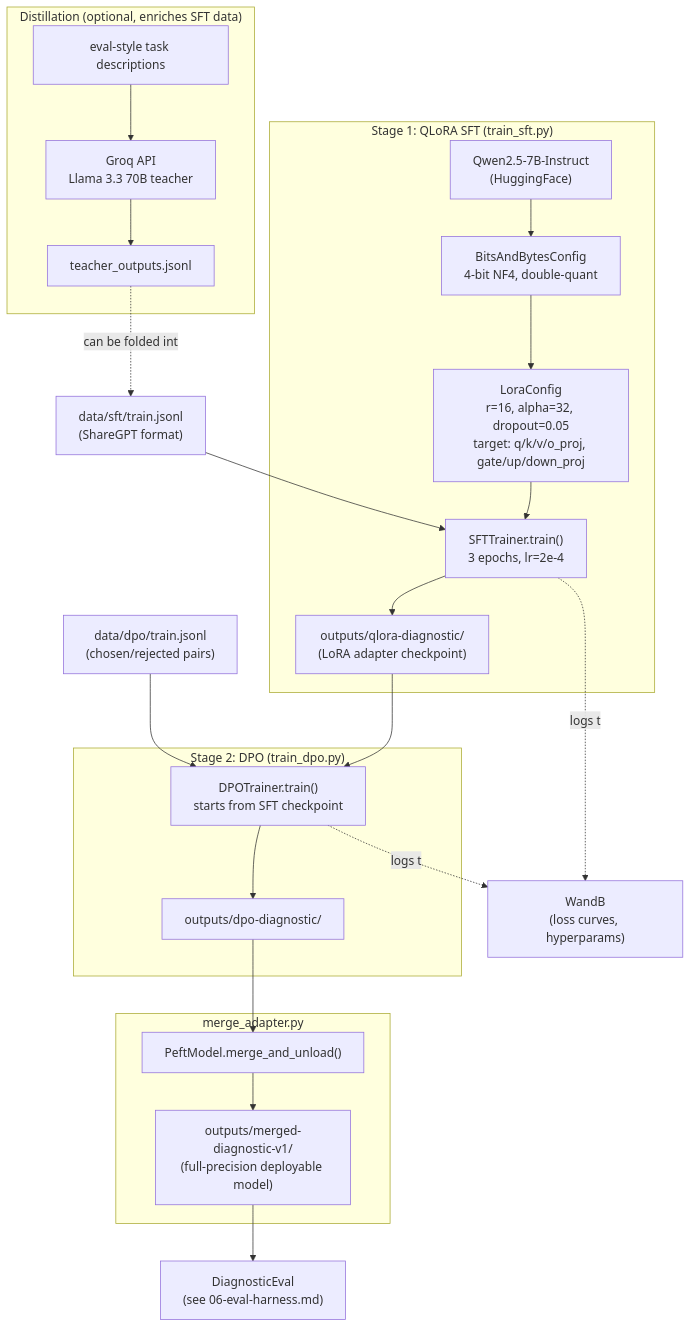
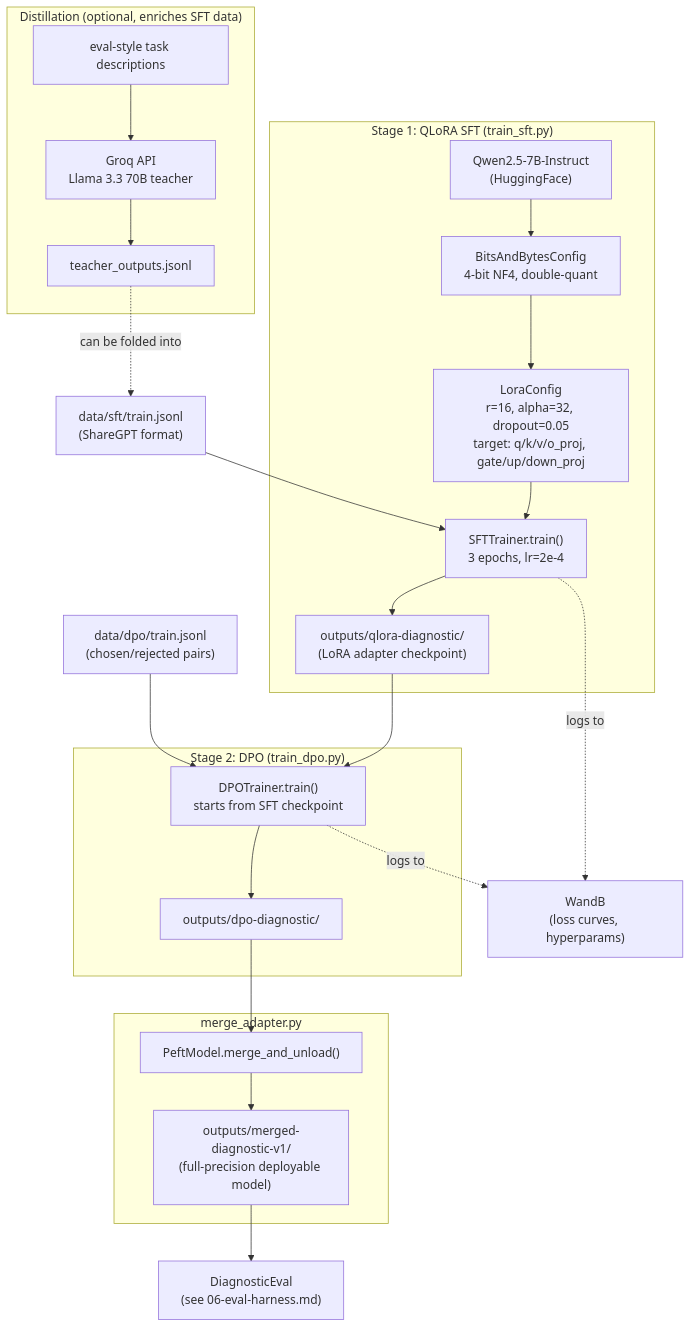
One commit to SatyamKumar02/logcat-intelligence-engine changed the diagram in docs/components/05-finetuning-pipeline.md. Above: the diagram before and after it, drawn with Mermaid. The commit also changed 4 other files, not shown here.

First line of the commit message:
Fix mermaid syntax errors in architecture diagrams

````diff
--- a/docs/components/05-finetuning-pipeline.md
+++ b/docs/components/05-finetuning-pipeline.md
@@ -18,43 +18,43 @@
 ```mermaid
 flowchart TD
     SFTDATA["data/sft/train.jsonl\n(ShareGPT format)"]
     DPODATA["data/dpo/train.jsonl\n(chosen/rejected pairs)"]
 
     subgraph Distill["Distillation (optional, enriches SFT data)"]
         GROQ["Groq API\nLlama 3.3 70B teacher"]
         TASKS["eval-style task descriptions"]
         TEACHOUT["teacher_outputs.jsonl"]
         TASKS --> GROQ --> TEACHOUT
     end
-    TEACHOUT -.can be folded into.-> SFTDATA
+    TEACHOUT -.->|"can be folded into"| SFTDATA
 
     subgraph SFTStage["Stage 1: QLoRA SFT (train_sft.py)"]
         BASE["Qwen2.5-7B-Instruct\n(HuggingFace)"]
         QUANT["BitsAndBytesConfig\n4-bit NF4, double-quant"]
         LORA["LoraConfig\nr=16, alpha=32, dropout=0.05\ntarget: q/k/v/o_proj, gate/up/down_proj"]
         TRAIN1["SFTTrainer.train()\n3 epochs, lr=2e-4"]
         CKPT1["outputs/qlora-diagnostic/\n(LoRA adapter checkpoint)"]
         BASE --> QUANT --> LORA --> TRAIN1 --> CKPT1
     end
     SFTDATA --> TRAIN1
 
     subgraph DPOStage["Stage 2: DPO (train_dpo.py)"]
         TRAIN2["DPOTrainer.train()\nstarts from SFT checkpoint"]
         CKPT2["outputs/dpo-diagnostic/"]
         CKPT1 --> TRAIN2 --> CKPT2
     end
     DPODATA --> TRAIN2
 
     subgraph Merge["merge_adapter.py"]
         MERGE["PeftModel.merge_and_unload()"]
         FINAL["outputs/merged-diagnostic-v1/\n(full-precision deployable model)"]
         MERGE --> FINAL
     end
     CKPT2 --> MERGE
 
     WANDB["WandB\n(loss curves, hyperparams)"]
-    TRAIN1 -.logs to.-> WANDB
-    TRAIN2 -.logs to.-> WANDB
+    TRAIN1 -.->|"logs to"| WANDB
+    TRAIN2 -.->|"logs to"| WANDB
 
     FINAL --> EVALHARNESS["DiagnosticEval\n(see 06-eval-harness.md)"]
 ```
````
